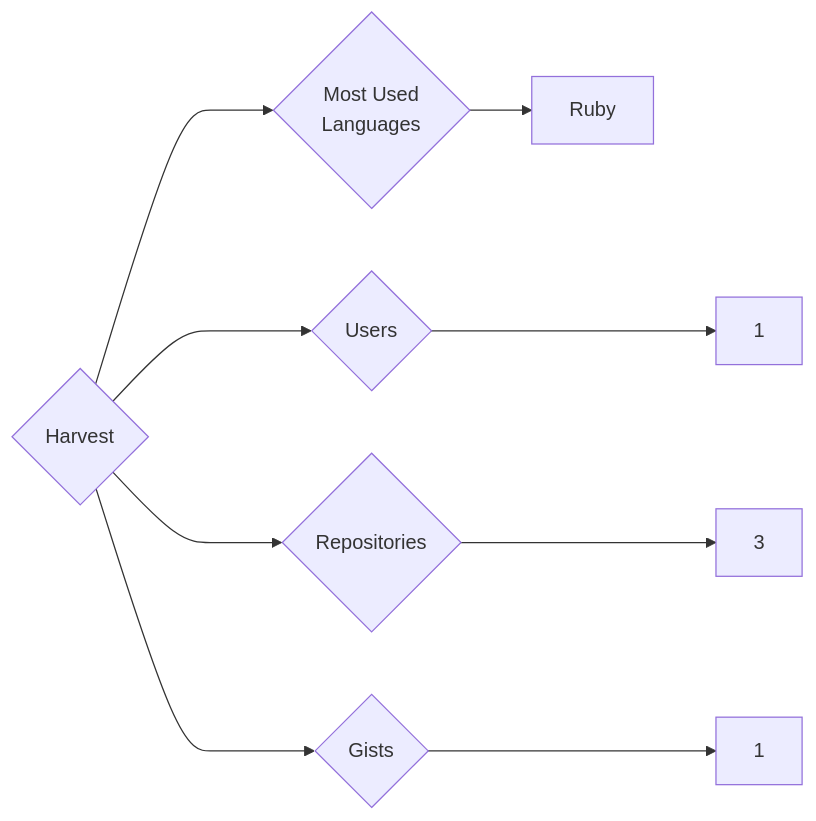
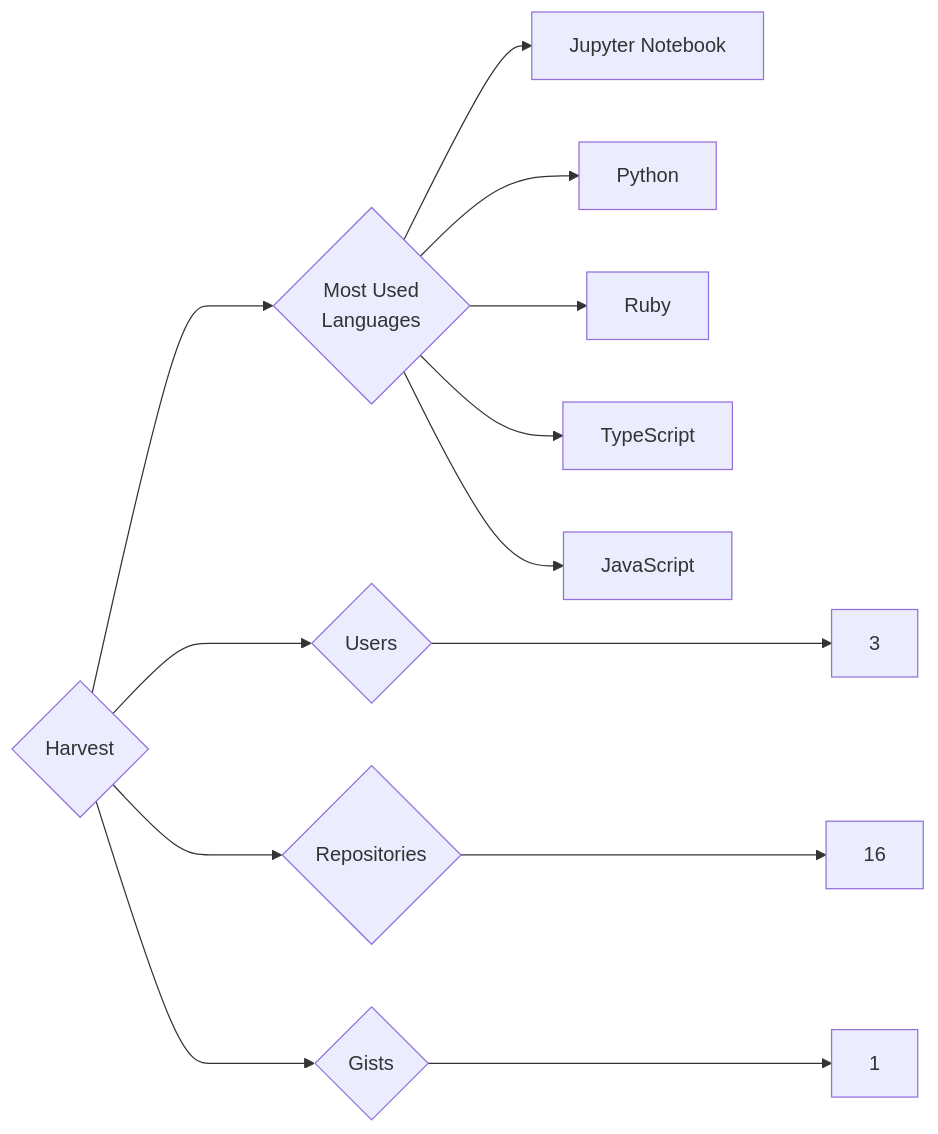
One commit to trickest/insiders changed the diagram in targets/Harvest/README.md. Above: the diagram before and after it, drawn with Mermaid. The commit also changed 693 other files, not shown here.

````diff
--- a/targets/Harvest/README.md
+++ b/targets/Harvest/README.md
@@ -3,9 +3,13 @@
 ```mermaid
 graph LR
 COMPANY_NAME{Harvest}
-COMPANY_NAME ---> U{Users} ---> UN[1]
-COMPANY_NAME ---> R{Repositories} ---> RN[3]
+COMPANY_NAME ---> U{Users} ---> UN[3]
+COMPANY_NAME ---> R{Repositories} ---> RN[16]
 COMPANY_NAME ---> G{Gists} ---> GN[1]
 COMPANY_NAME ---> ML{Most Used<br>Languages}
+ML --> Jupyter_Notebook[Jupyter Notebook]
+ML --> Python[Python]
 ML --> Ruby[Ruby]
+ML --> TypeScript[TypeScript]
+ML --> JavaScript[JavaScript]
 ```
````
